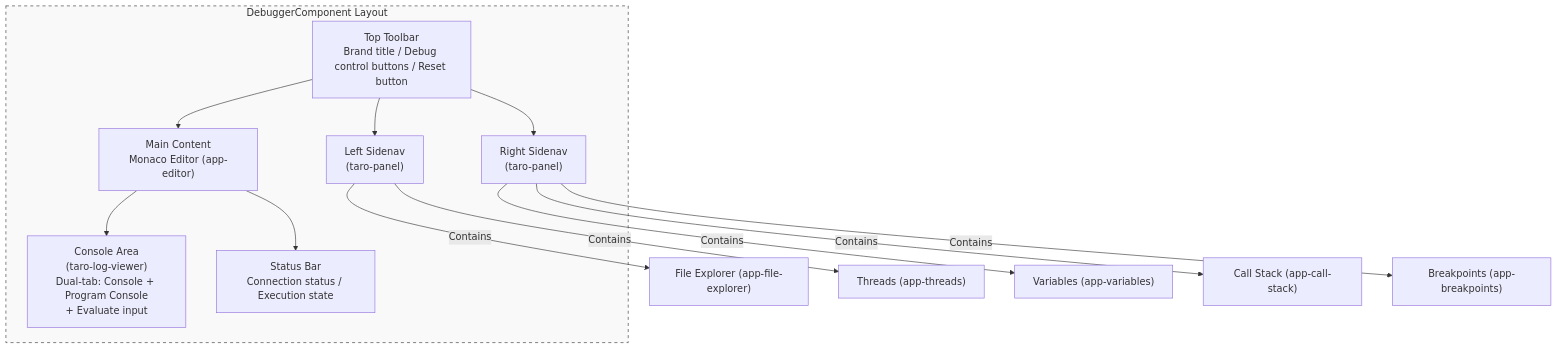
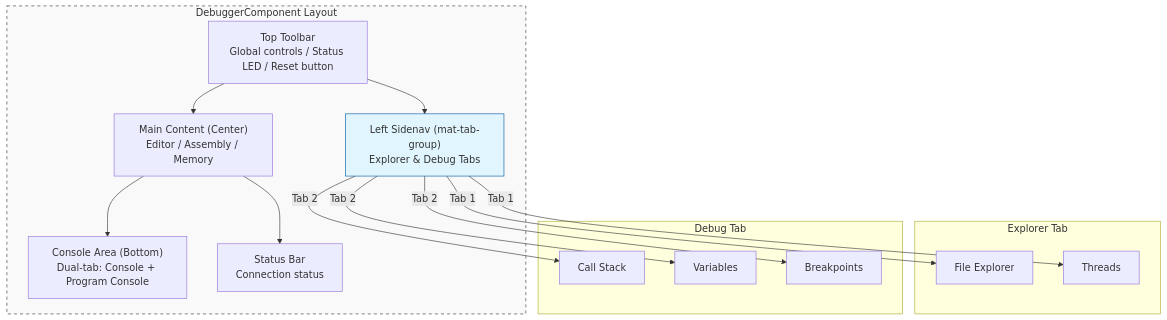
One commit to tangpo387-arch/taro-debugger changed the diagram in docs/architecture/ui-layer.md. Above: the diagram before and after it, drawn with Mermaid. The commit also changed other lines of this file and 93 other files, not shown here.

Commit message:
refactor: reorganize and archive documentation into structured architectural and project directories

````diff
--- a/docs/architecture/ui-layer.md
+++ b/docs/architecture/ui-layer.md
@@ -45,25 +47,35 @@
 ```mermaid
 graph TD
     subgraph Layout ["DebuggerComponent Layout"]
-        TB["Top Toolbar<br/>Brand title / Debug control buttons / Reset button"]
-        LS["Left Sidenav<br/>(taro-panel)"]
-        MC["Main Content<br/>Monaco Editor (app-editor)"]
-        RS["Right Sidenav<br/>(taro-panel)"]
-        LV["Console Area<br/>(taro-log-viewer)<br/>Dual-tab: Console + Program Console<br/>+ Evaluate input"]
-        SB["Status Bar<br/>Connection status / Execution state"]
+        TB["Top Toolbar<br/>Global controls / Status LED / Reset button"]
+        LS["Left Sidenav (mat-tab-group)<br/>Explorer & Debug Tabs"]
+        MC["Main Content (Center)<br/>Editor / Assembly / Memory"]
+        LV["Console Area (Bottom)<br/>Dual-tab: Console + Program Console"]
+        SB["Status Bar<br/>Connection status"]
     end
 
-    LS -- Contains --> FE["File Explorer (app-file-explorer)"]
-    LS -- Contains --> TH["Threads (app-threads)"]
-    RS -- Contains --> VB["Variables (app-variables)"]
-    RS -- Contains --> CS["Call Stack (app-call-stack)"]
-    RS -- Contains --> BP["Breakpoints (app-breakpoints)"]
+    subgraph "Explorer Tab"
+        FE["File Explorer"]
+        TH["Threads"]
+    end
+
+    subgraph "Debug Tab"
+        CS["Call Stack"]
+        VB["Variables"]
+        BP["Breakpoints"]
+    end
+
+    LS -- Tab 1 --> FE
+    LS -- Tab 1 --> TH
+    LS -- Tab 2 --> CS
+    LS -- Tab 2 --> VB
+    LS -- Tab 2 --> BP
 
     TB --> LS
     TB --> MC
-    TB --> RS
     MC --> LV
     MC --> SB
 
     style Layout fill:#f9f9f9,stroke:#333,stroke-dasharray: 5 5
+    style LS fill:#e1f5fe,stroke:#01579b
 ```
````
